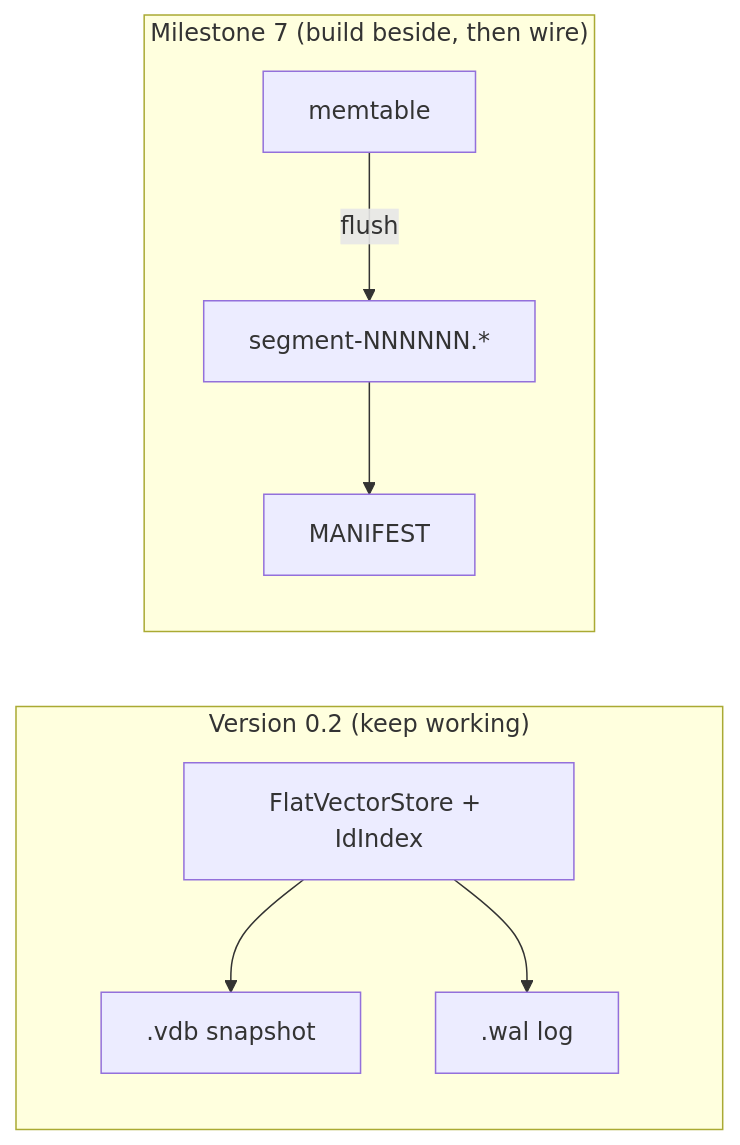
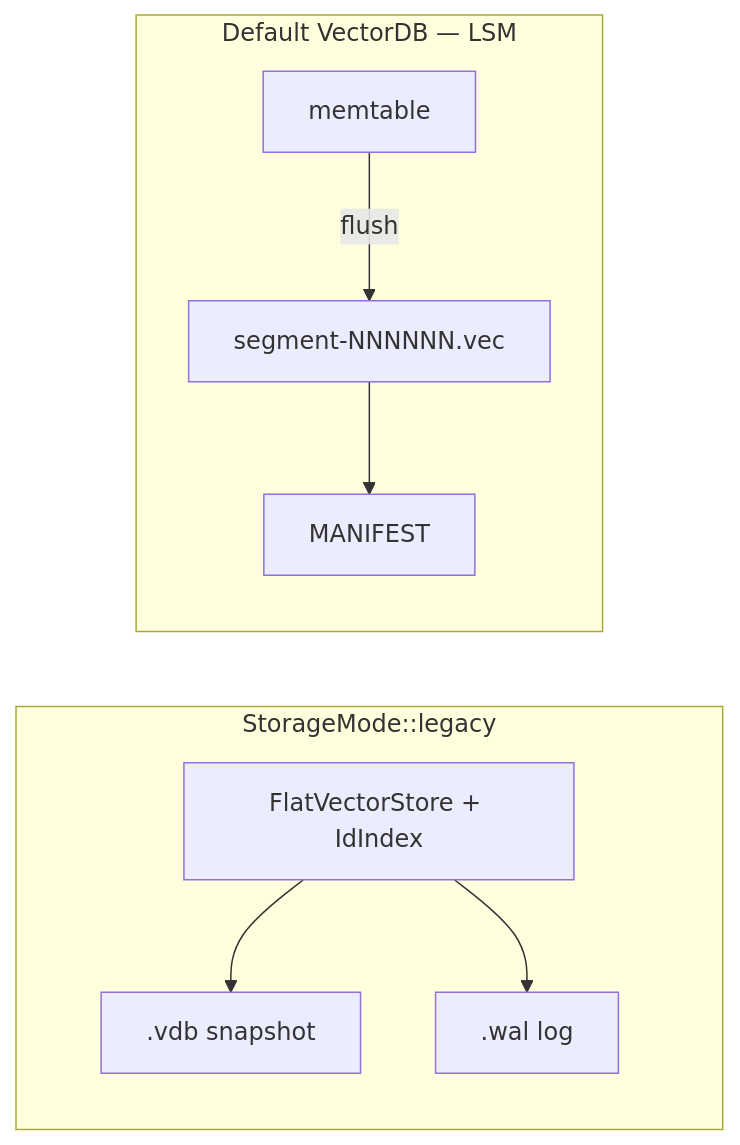
One commit to Kumario1/vectorDB changed the first of 2 diagrams in notes/07-segments-compaction.md. Above: the diagram before and after it, drawn with Mermaid. The commit also changed other lines of this file and 12 other files, not shown here.

First line of the commit message:
feat: make SegmentStore the default VectorDB backend

````diff
--- a/notes/07-segments-compaction.md
+++ b/notes/07-segments-compaction.md
@@ -59,18 +59,18 @@
 ```mermaid
 flowchart LR
-  subgraph v02["Version 0.2 (keep working)"]
+  subgraph v02["StorageMode::legacy"]
     ram["FlatVectorStore + IdIndex"]
     vdb[".vdb snapshot"]
     wal[".wal log"]
     ram --> vdb
     ram --> wal
   end
 
-  subgraph m7["Milestone 7 (build beside, then wire)"]
+  subgraph lsm["Default VectorDB — LSM"]
     mt["memtable"]
-    seg["segment-NNNNNN.*"]
+    seg["segment-NNNNNN.vec"]
     man["MANIFEST"]
     mt -->|"flush"| seg
     seg --> man
   end
 ```
````
